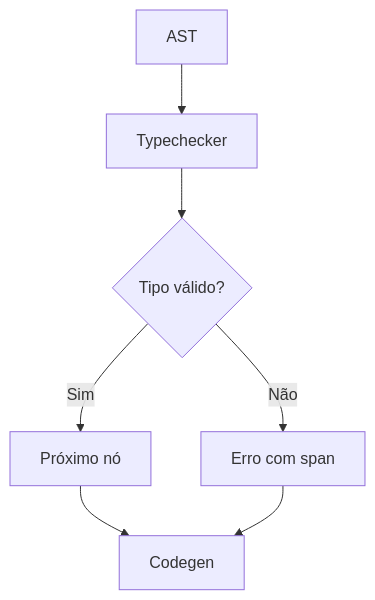
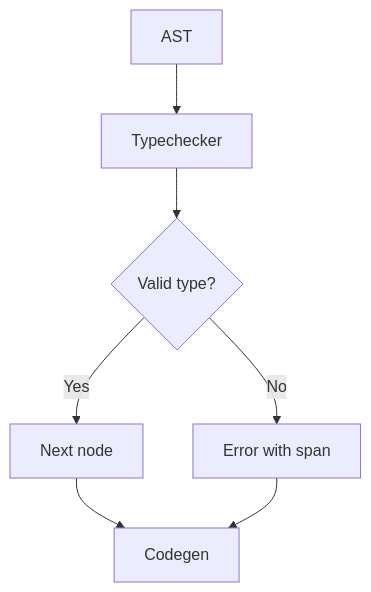
The diagram in docs/TYPECHECKER_DETAILS.md (marciopaiva/tupalang), drawn with Mermaid before and after one commit. The commit also changed other lines of this file and 54 other files, not shown here.

````diff
--- a/docs/TYPECHECKER_DETAILS.md
+++ b/docs/TYPECHECKER_DETAILS.md
@@ -41,9 +41,9 @@
 ```mermaid
 graph TD;
     A[AST] --> B[Typechecker]
-    B --> C{Tipo válido?}
-    C -- Sim --> D[Próximo nó]
-    C -- Não --> E[Erro com span]
+    B --> C{Valid type?}
+    C -- Yes --> D[Next node]
+    C -- No --> E[Error with span]
     D --> F[Codegen]
     E --> F
 ```
````
